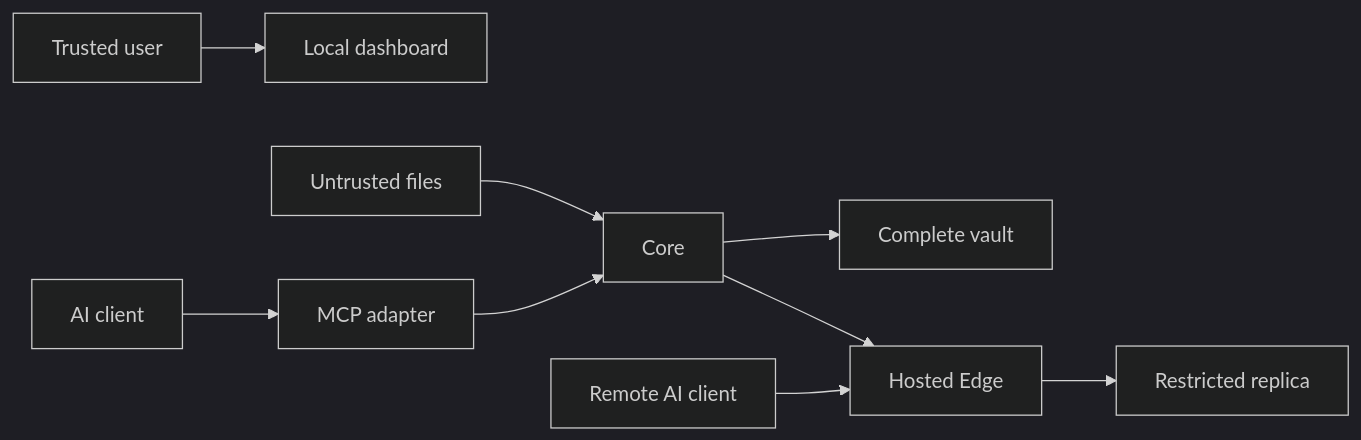
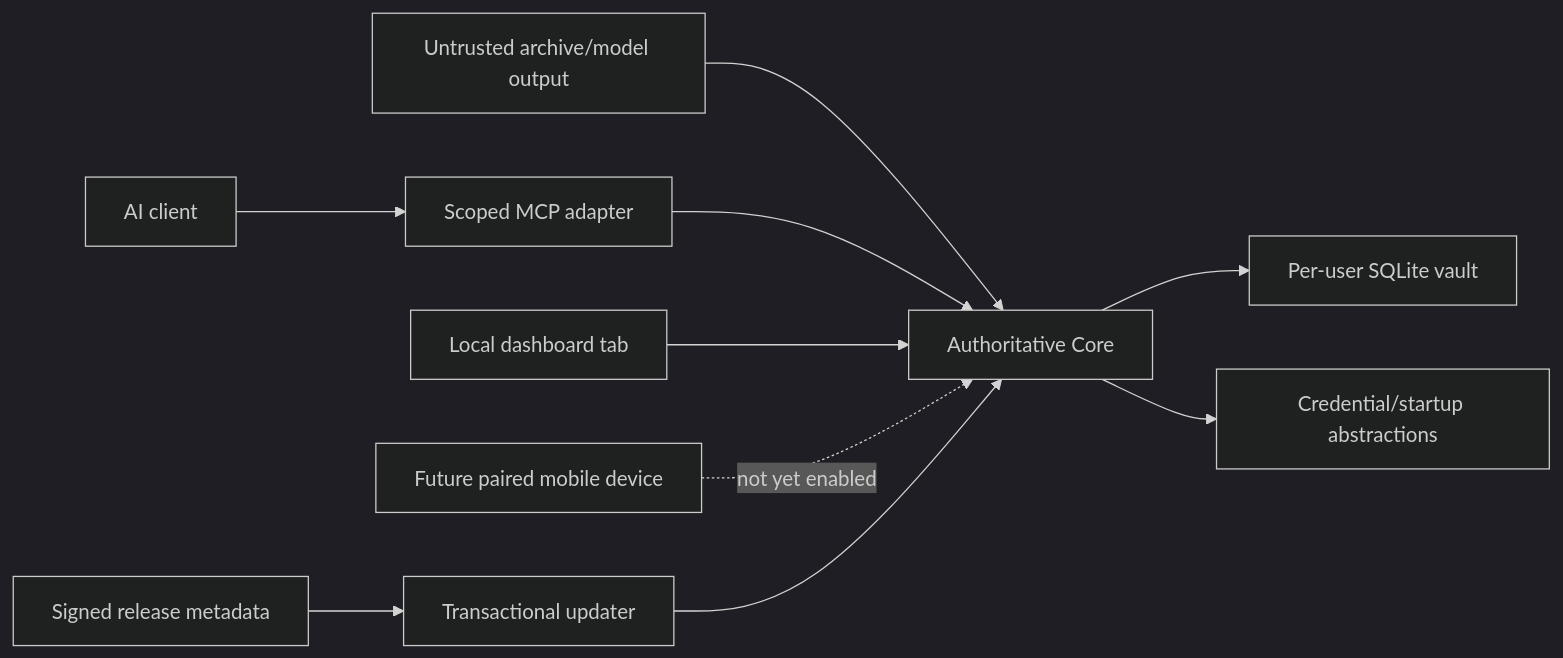
Before and after one commit to Martian-ux/All-The-Context: the diagram in docs/security/All The Context-threat-model.md, drawn with Mermaid (dark theme). The commit also changed other lines of this file and 50 other files, not shown here.

Commit message:
Pivot V1 to a single authoritative Core

````diff
--- a/docs/security/All The Context-threat-model.md
+++ b/docs/security/All The Context-threat-model.md
@@ -75,11 +26,10 @@
 ```mermaid
 flowchart LR
-  U["Trusted user"] --> B["Local dashboard"]
-  F["Untrusted files"] --> C["Core"]
-  A["AI client"] --> M["MCP adapter"]
-  M --> C
-  C --> D["Complete vault"]
-  C --> R["Hosted Edge"]
-  X["Remote AI client"] --> R
-  R --> E["Restricted replica"]
+  Import["Untrusted archive/model output"] --> Core["Authoritative Core"]
+  Client["AI client"] --> Adapter["Scoped MCP adapter"] --> Core
+  Browser["Local dashboard tab"] --> Core
+  Core --> Vault["Per-user SQLite vault"]
+  Core --> OS["Credential/startup abstractions"]
+  Mobile["Future paired mobile device"] -. "not yet enabled" .-> Core
+  Release["Signed release metadata"] --> Updater["Transactional updater"] --> Core
 ```
````
